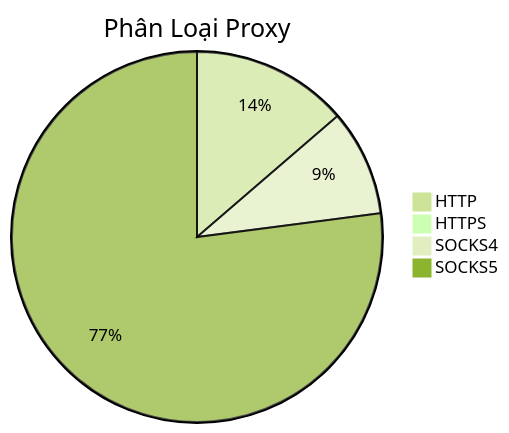
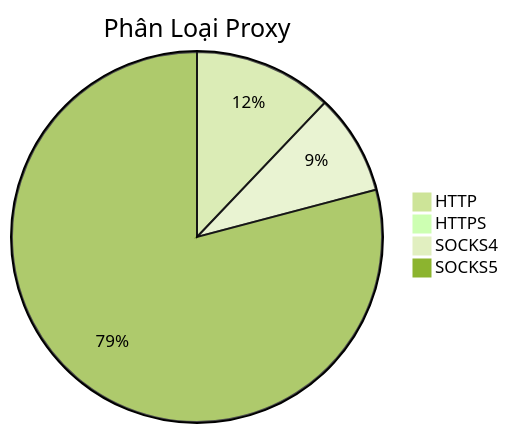
The diagram in README.md (Ciara-Aa/PROXY-free), drawn with Mermaid (forest theme) before and after one commit. The commit also changed other lines of this file and 4 other files, not shown here.

````diff
--- a/README.md
+++ b/README.md
@@ -26,7 +26,7 @@
 ```mermaid
 pie title Phân Loại Proxy
-    "HTTP" : 393
-    "HTTPS" : 6
-    "SOCKS4" : 266
-    "SOCKS5" : 2213
+    "HTTP" : 376
+    "HTTPS" : 2
+    "SOCKS4" : 273
+    "SOCKS5" : 2458
 ```
````
